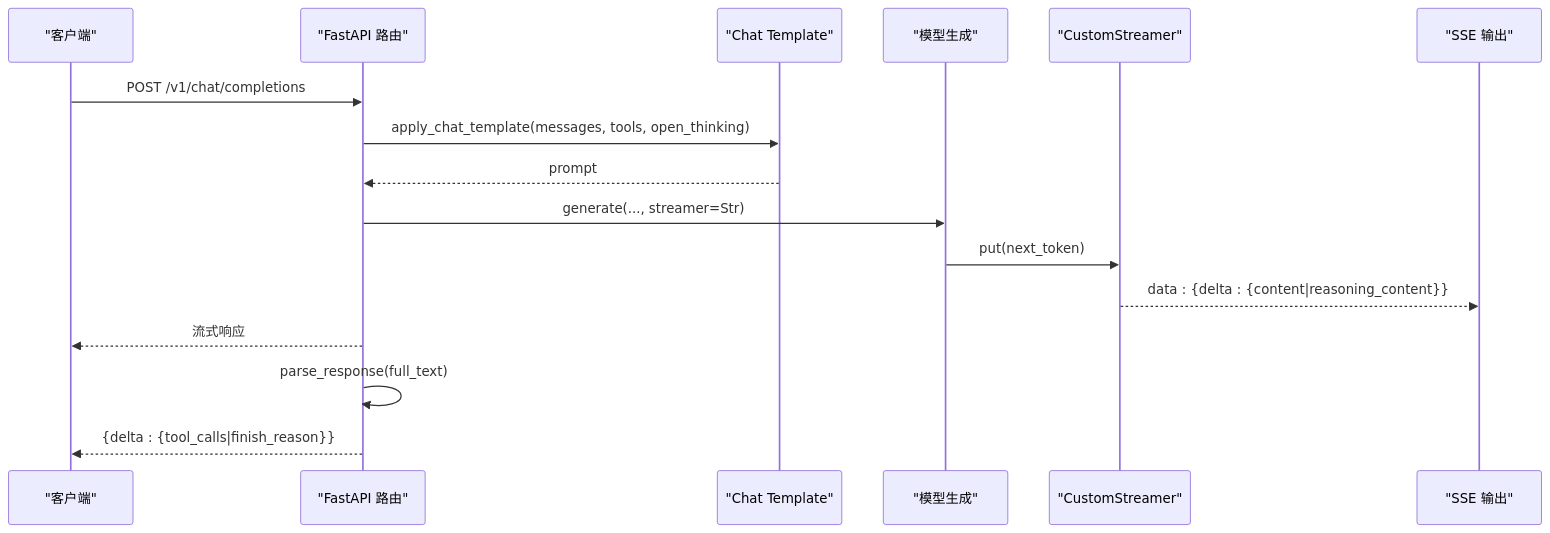
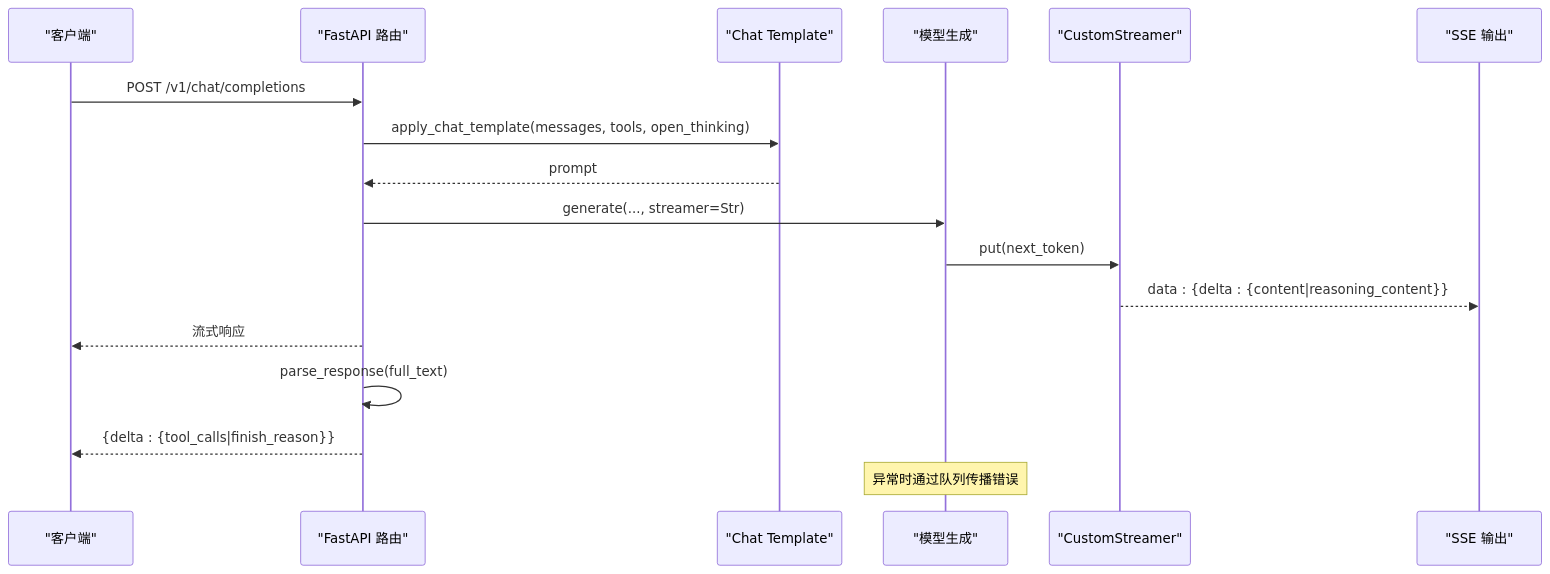
One commit to haolange/minimind changed the second of 4 diagrams in .qoder/repowiki/zh/content/推理服务系统/OpenAI API 服务.md. Above: the diagram before and after it, drawn with Mermaid. The commit also changed other lines of this file and 4 other files, not shown here.

````diff
--- a/.qoder/repowiki/zh/content/推理服务系统/OpenAI API 服务.md
+++ b/.qoder/repowiki/zh/content/推理服务系统/OpenAI API 服务.md
@@ -117,18 +130,19 @@
 ```mermaid
 sequenceDiagram
 participant Client as "客户端"
 participant API as "FastAPI 路由"
 participant Tpl as "Chat Template"
 participant Gen as "模型生成"
 participant Str as "CustomStreamer"
 participant Out as "SSE 输出"
 Client->>API : POST /v1/chat/completions
 API->>Tpl : apply_chat_template(messages, tools, open_thinking)
 Tpl-->>API : prompt
 API->>Gen : generate(..., streamer=Str)
 Gen->>Str : put(next_token)
 Str-->>Out : data : {delta : {content|reasoning_content}}
 API-->>Client : 流式响应
 API->>API : parse_response(full_text)
 API-->>Client : {delta : {tool_calls|finish_reason}}
+Note over Gen : 异常时通过队列传播错误
 ```
````
